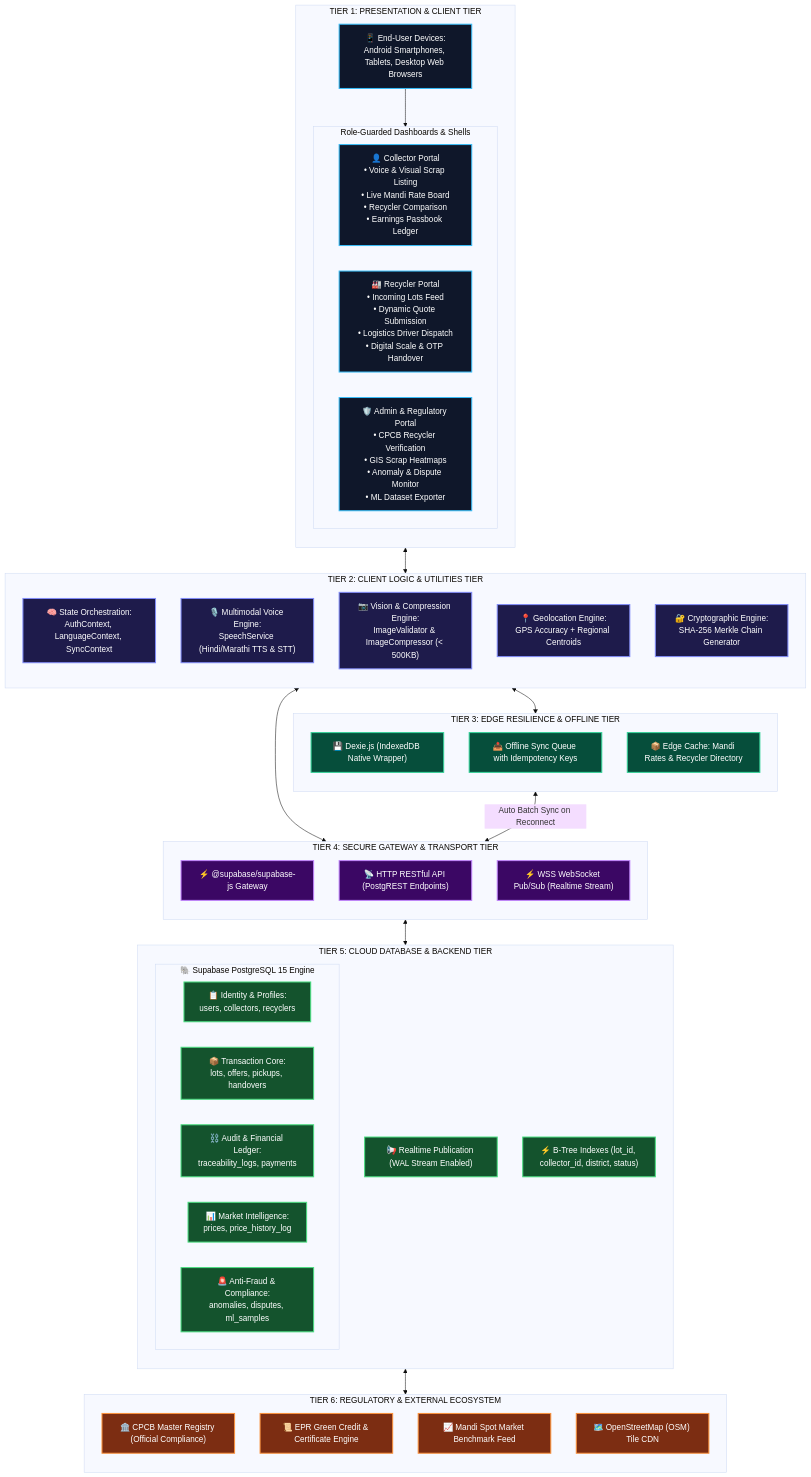
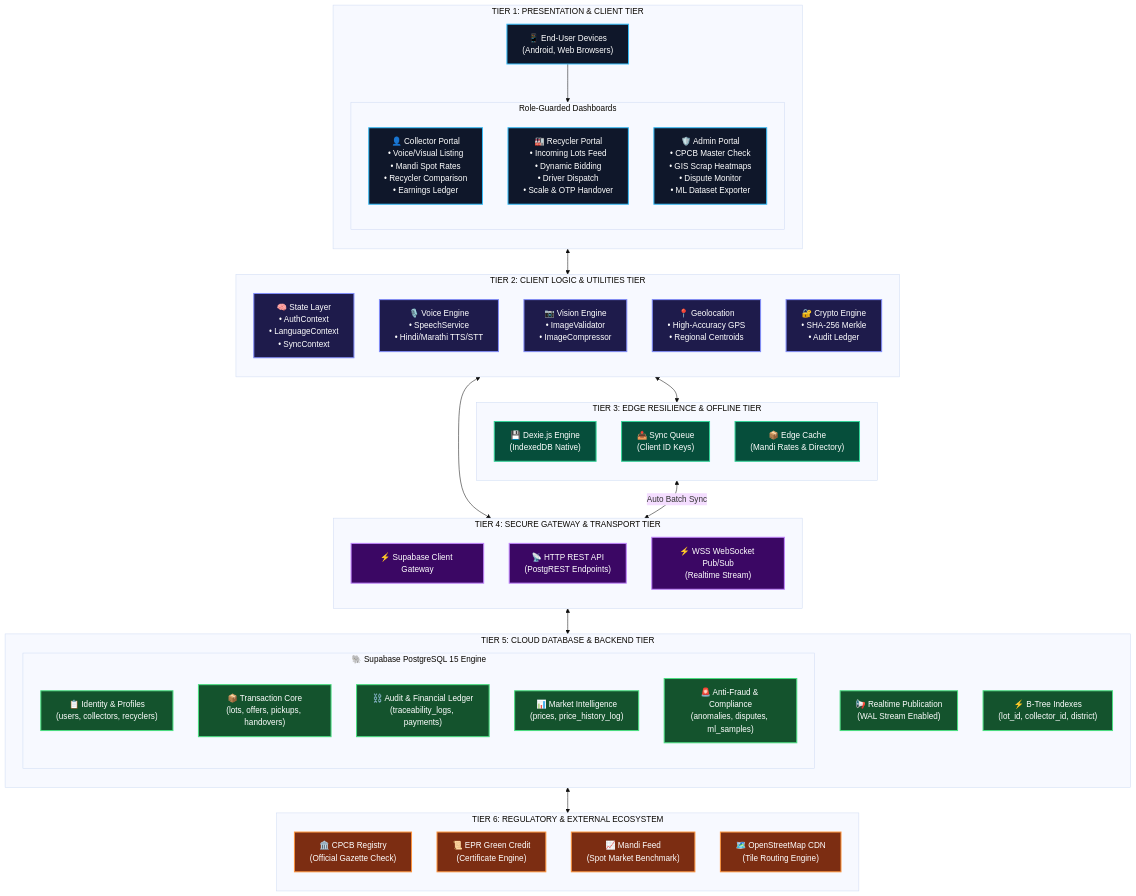
The third of 3 diagrams in README.md (Atharva-001-cyber/Kabadiwala_Connect), drawn with Mermaid (base theme) before and after one commit.

Commit message:
docs: set vertical TB layout on all subgraphs in Section 2.3 of README to fix GitHub UI text clipping

````diff
--- a/README.md
+++ b/README.md
@@ -251,73 +251,75 @@
 ```mermaid
 graph TD
     classDef clientTier fill:#0f172a,stroke:#38bdf8,stroke-width:2px,color:#fff;
     classDef logicTier fill:#1e1b4b,stroke:#818cf8,stroke-width:2px,color:#fff;
     classDef storageTier fill:#064e3b,stroke:#34d399,stroke-width:2px,color:#fff;
     classDef apiTier fill:#3b0764,stroke:#c084fc,stroke-width:2px,color:#fff;
     classDef backendTier fill:#14532d,stroke:#4ade80,stroke-width:2px,color:#fff;
     classDef complianceTier fill:#7c2d12,stroke:#fb923c,stroke-width:2px,color:#fff;
 
     subgraph Tier1 ["TIER 1: PRESENTATION & CLIENT TIER"]
         direction TB
-        Devices["📱 End-User Devices:<br/>Android Smartphones, Tablets, Desktop Web Browsers"]:::clientTier
+        Devices["📱 End-User Devices<br/>(Android, Web Browsers)"]:::clientTier
         
-        subgraph Portals ["Role-Guarded Dashboards & Shells"]
-            CollectorPortal["👤 Collector Portal<br/>• Voice & Visual Scrap Listing<br/>• Live Mandi Rate Board<br/>• Recycler Comparison<br/>• Earnings Passbook Ledger"]:::clientTier
-            RecyclerPortal["🏭 Recycler Portal<br/>• Incoming Lots Feed<br/>• Dynamic Quote Submission<br/>• Logistics Driver Dispatch<br/>• Digital Scale & OTP Handover"]:::clientTier
-            AdminPortal["🛡️ Admin & Regulatory Portal<br/>• CPCB Recycler Verification<br/>• GIS Scrap Heatmaps<br/>• Anomaly & Dispute Monitor<br/>• ML Dataset Exporter"]:::clientTier
+        subgraph Portals ["Role-Guarded Dashboards"]
+            direction TB
+            CollectorPortal["👤 Collector Portal<br/>• Voice/Visual Listing<br/>• Mandi Spot Rates<br/>• Recycler Comparison<br/>• Earnings Ledger"]:::clientTier
+            RecyclerPortal["🏭 Recycler Portal<br/>• Incoming Lots Feed<br/>• Dynamic Bidding<br/>• Driver Dispatch<br/>• Scale & OTP Handover"]:::clientTier
+            AdminPortal["🛡️ Admin Portal<br/>• CPCB Master Check<br/>• GIS Scrap Heatmaps<br/>• Dispute Monitor<br/>• ML Dataset Exporter"]:::clientTier
         end
     end
 
     subgraph Tier2 ["TIER 2: CLIENT LOGIC & UTILITIES TIER"]
         direction TB
-        StateEngine["🧠 State Orchestration:<br/>AuthContext, LanguageContext, SyncContext"]:::logicTier
-        SpeechSubsystem["🎙️ Multimodal Voice Engine:<br/>SpeechService (Hindi/Marathi TTS & STT)"]:::logicTier
-        VisionSubsystem["📷 Vision & Compression Engine:<br/>ImageValidator & ImageCompressor (< 500KB)"]:::logicTier
-        GeoSubsystem["📍 Geolocation Engine:<br/>GPS Accuracy + Regional Centroids"]:::logicTier
-        CryptoSubsystem["🔐 Cryptographic Engine:<br/>SHA-256 Merkle Chain Generator"]:::logicTier
+        StateEngine["🧠 State Layer<br/>• AuthContext<br/>• LanguageContext<br/>• SyncContext"]:::logicTier
+        SpeechSubsystem["🎙️ Voice Engine<br/>• SpeechService<br/>• Hindi/Marathi TTS/STT"]:::logicTier
+        VisionSubsystem["📷 Vision Engine<br/>• ImageValidator<br/>• ImageCompressor"]:::logicTier
+        GeoSubsystem["📍 Geolocation<br/>• High-Accuracy GPS<br/>• Regional Centroids"]:::logicTier
+        CryptoSubsystem["🔐 Crypto Engine<br/>• SHA-256 Merkle<br/>• Audit Ledger"]:::logicTier
     end
 
     subgraph Tier3 ["TIER 3: EDGE RESILIENCE & OFFLINE TIER"]
         direction TB
-        DexieEngine["💾 Dexie.js (IndexedDB Native Wrapper)"]:::storageTier
-        OfflineQueue["📤 Offline Sync Queue with Idempotency Keys"]:::storageTier
-        LocalCache["📦 Edge Cache: Mandi Rates & Recycler Directory"]:::storageTier
+        DexieEngine["💾 Dexie.js Engine<br/>(IndexedDB Native)"]:::storageTier
+        OfflineQueue["📤 Sync Queue<br/>(Client ID Keys)"]:::storageTier
+        LocalCache["📦 Edge Cache<br/>(Mandi Rates & Directory)"]:::storageTier
     end
 
     subgraph Tier4 ["TIER 4: SECURE GATEWAY & TRANSPORT TIER"]
         direction TB
-        SupabaseClient["⚡ @supabase/supabase-js Gateway"]:::apiTier
-        RESTChannel["📡 HTTP RESTful API (PostgREST Endpoints)"]:::apiTier
-        RealtimeChannel["⚡ WSS WebSocket Pub/Sub (Realtime Stream)"]:::apiTier
+        SupabaseClient["⚡ Supabase Client Gateway"]:::apiTier
+        RESTChannel["📡 HTTP REST API<br/>(PostgREST Endpoints)"]:::apiTier
+        RealtimeChannel["⚡ WSS WebSocket Pub/Sub<br/>(Realtime Stream)"]:::apiTier
     end
 
     subgraph Tier5 ["TIER 5: CLOUD DATABASE & BACKEND TIER"]
         direction TB
         subgraph PostgresDB ["🐘 Supabase PostgreSQL 15 Engine"]
-            TablesCore["📋 Identity & Profiles:<br/>users, collectors, recyclers"]:::backendTier
-            TablesLots["📦 Transaction Core:<br/>lots, offers, pickups, handovers"]:::backendTier
-            TablesAudit["⛓️ Audit & Financial Ledger:<br/>traceability_logs, payments"]:::backendTier
-            TablesIntel["📊 Market Intelligence:<br/>prices, price_history_log"]:::backendTier
-            TablesFraud["🚨 Anti-Fraud & Compliance:<br/>anomalies, disputes, ml_samples"]:::backendTier
+            direction TB
+            TablesCore["📋 Identity & Profiles<br/>(users, collectors, recyclers)"]:::backendTier
+            TablesLots["📦 Transaction Core<br/>(lots, offers, pickups, handovers)"]:::backendTier
+            TablesAudit["⛓️ Audit & Financial Ledger<br/>(traceability_logs, payments)"]:::backendTier
+            TablesIntel["📊 Market Intelligence<br/>(prices, price_history_log)"]:::backendTier
+            TablesFraud["🚨 Anti-Fraud & Compliance<br/>(anomalies, disputes, ml_samples)"]:::backendTier
         end
-        RealtimePub["📢 Realtime Publication (WAL Stream Enabled)"]:::backendTier
-        DBIndexes["⚡ B-Tree Indexes (lot_id, collector_id, district, status)"]:::backendTier
+        RealtimePub["📢 Realtime Publication<br/>(WAL Stream Enabled)"]:::backendTier
+        DBIndexes["⚡ B-Tree Indexes<br/>(lot_id, collector_id, district)"]:::backendTier
     end
 
     subgraph Tier6 ["TIER 6: REGULATORY & EXTERNAL ECOSYSTEM"]
         direction TB
-        CPCBRegistry["🏛️ CPCB Master Registry (Official Compliance)"]:::complianceTier
-        EPRSystem["📜 EPR Green Credit & Certificate Engine"]:::complianceTier
-        MandiBenchmark["📈 Mandi Spot Market Benchmark Feed"]:::complianceTier
-        GISMappingServer["🗺️ OpenStreetMap (OSM) Tile CDN"]:::complianceTier
+        CPCBRegistry["🏛️ CPCB Registry<br/>(Official Gazette Check)"]:::complianceTier
+        EPRSystem["📜 EPR Green Credit<br/>(Certificate Engine)"]:::complianceTier
+        MandiBenchmark["📈 Mandi Feed<br/>(Spot Market Benchmark)"]:::complianceTier
+        GISMappingServer["🗺️ OpenStreetMap CDN<br/>(Tile Routing Engine)"]:::complianceTier
     end
 
     %% TIER CONNECTIONS
     Devices --> Portals
     Portals <--> Tier2
     Tier2 <--> Tier3
     Tier2 <--> Tier4
-    Tier3 <-->|"Auto Batch Sync on Reconnect"| Tier4
+    Tier3 <-->|"Auto Batch Sync"| Tier4
     Tier4 <--> Tier5
     Tier5 <--> Tier6
 ```
````
